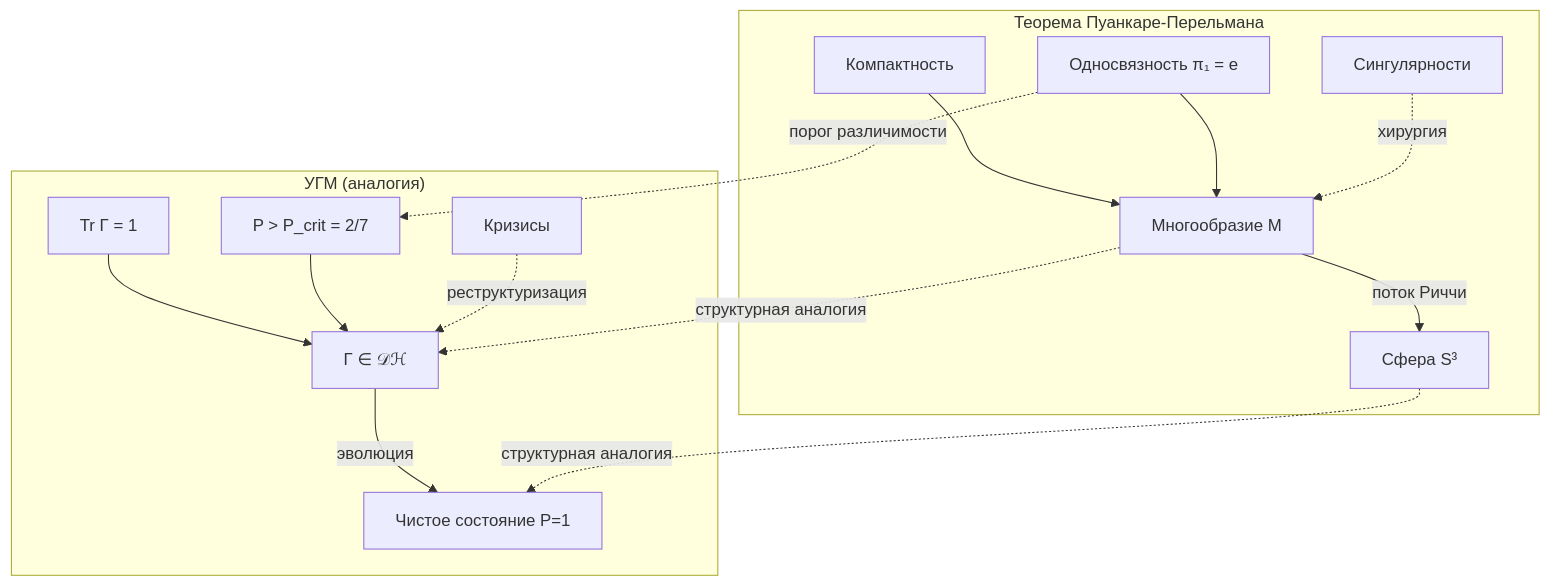
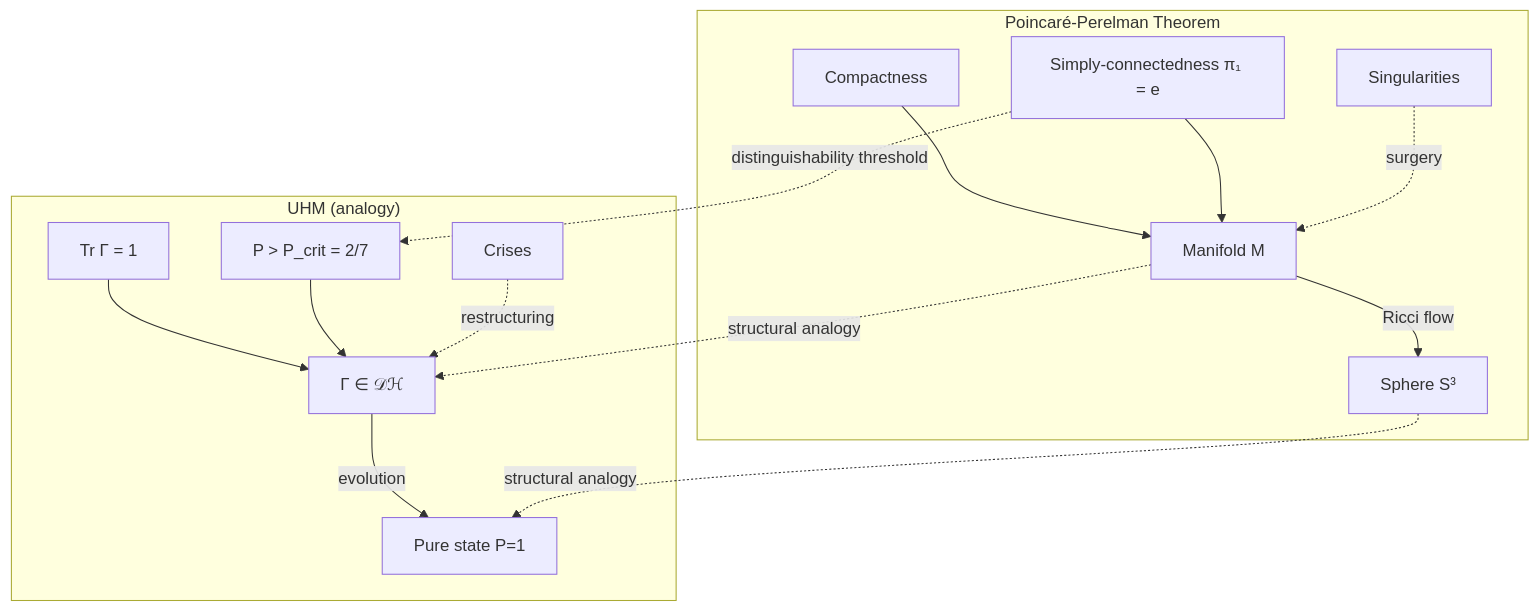
One commit to gst-st/uhm changed the second of 2 diagrams in website/docs/applied/research/poincare-perelman.md. Above: the diagram before and after it, drawn with Mermaid. The commit also changed other lines of this file and 79 other files, not shown here.

````diff
--- a/website/docs/applied/research/poincare-perelman.md
+++ b/website/docs/applied/research/poincare-perelman.md
@@ -443,18 +443,18 @@
 ```mermaid
 graph TD
-    subgraph "Теорема Пуанкаре-Перельмана"
-        M[Многообразие M] --> |поток Риччи| S3[Сфера S³]
-        C1[Компактность] --> M
-        SC[Односвязность π₁ = e] --> M
-        SG["Сингулярности"] -.->|хирургия| M
+    subgraph "Poincaré-Perelman Theorem"
+        M[Manifold M] --> |Ricci flow| S3[Sphere S³]
+        C1[Compactness] --> M
+        SC[Simply-connectedness π₁ = e] --> M
+        SG["Singularities"] -.->|surgery| M
     end
-    subgraph "УГМ (аналогия)"
-        G[Γ ∈ 𝒟ℋ] --> |эволюция| PS[Чистое состояние P=1]
+    subgraph "UHM (analogy)"
+        G[Γ ∈ 𝒟ℋ] --> |evolution| PS[Pure state P=1]
         C2[Tr Γ = 1] --> G
         LI[P > P_crit = 2/7] --> G
-        CR["Кризисы"] -.->|реструктуризация| G
+        CR["Crises"] -.->|restructuring| G
     end
-    M -.->|структурная аналогия| G
-    S3 -.->|структурная аналогия| PS
-    SC -.->|"порог различимости"| LI
+    M -.->|structural analogy| G
+    S3 -.->|structural analogy| PS
+    SC -.->|"distinguishability threshold"| LI
 ```
````
